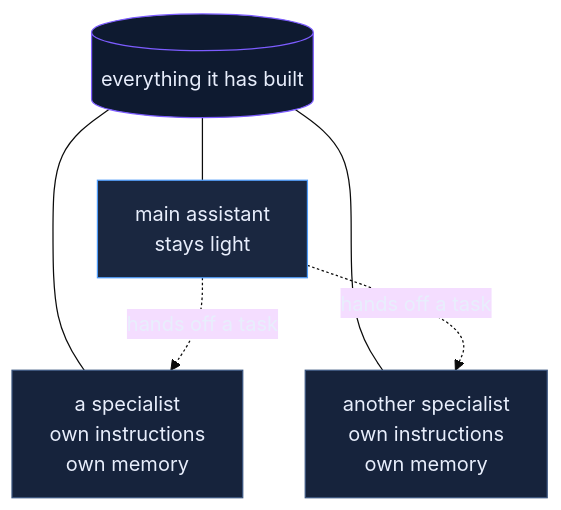
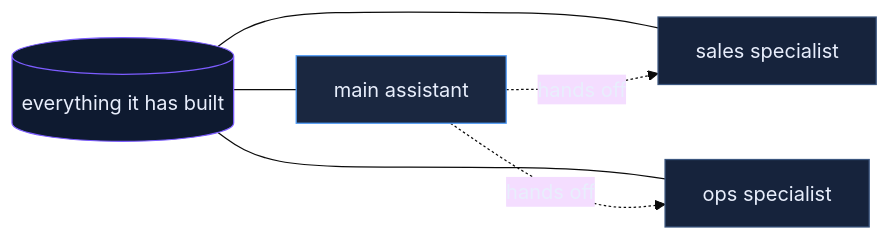
Before and after one commit to joshuamschultz/simple-agent: the third of 3 diagrams in README.md, drawn with Mermaid (base theme). The commit also changed other lines of this file, not shown here.

First line of the commit message:
docs: compact mermaid diagrams

````diff
--- a/README.md
+++ b/README.md
@@ -226,20 +223,15 @@
 ```mermaid
-flowchart TD
-    R["main assistant<br/>stays light"]
-    M[("everything it has built")]
-    S1["a specialist<br/>own instructions<br/>own memory"]
-    S2["another specialist<br/>own instructions<br/>own memory"]
-
-    M --- R
-    M --- S1
-    M --- S2
-    R -.->|"hands off a task"| S1
-    R -.->|"hands off a task"| S2
+flowchart LR
+    M[("everything it has built")] --- R["main assistant"]
+    M --- S1["sales specialist"]
+    M --- S2["ops specialist"]
+    R -.->|"hands off"| S1
+    R -.->|"hands off"| S2
 
     classDef root fill:#1a2740,stroke:#4f9cf9,color:#e8eefc
     classDef reg fill:#0e1a30,stroke:#7c5cff,color:#e8eefc
     classDef spec fill:#16233c,stroke:#3b567f,color:#e8eefc
     class R root
     class M reg
     class S1,S2 spec
 ```
````
